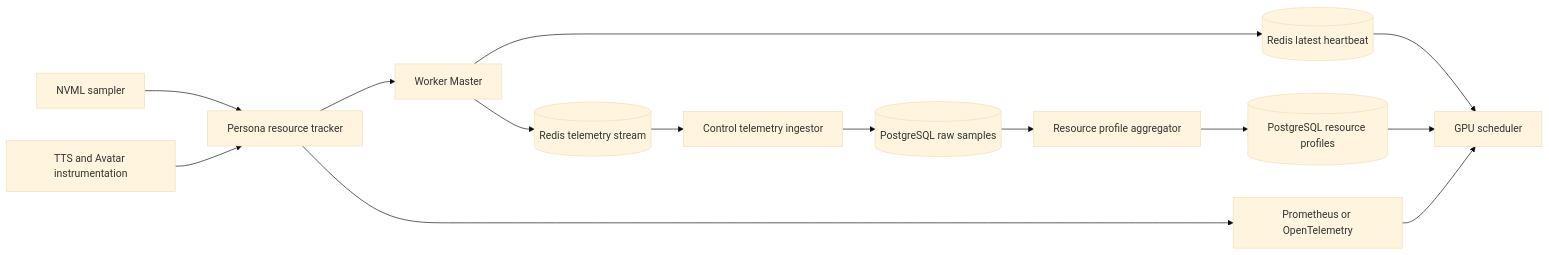
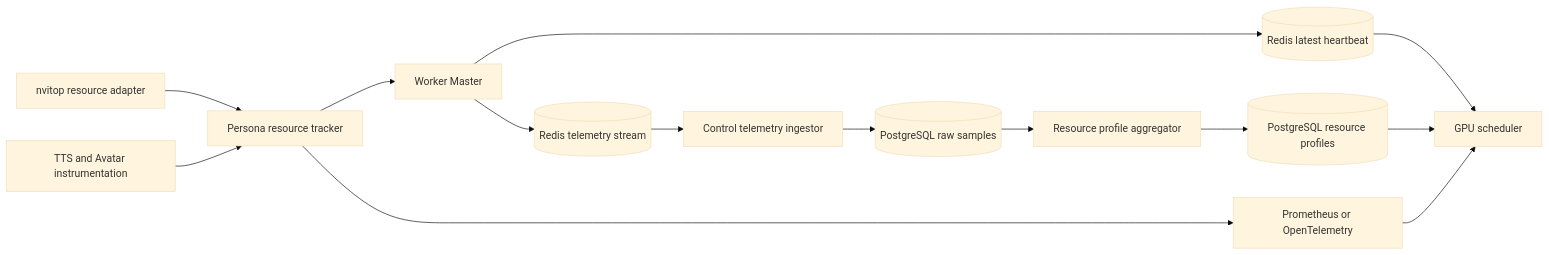
Before and after one commit to thinhphan97/PersonaForge: diagram 13 of 14 in docs/tts-avatar-render-flow.md, drawn with Mermaid (base theme). The commit also changed other lines of this file and 3 other files, not shown here.

Commit message:
docs: adopt nvitop worker resource monitoring

````diff
--- a/docs/tts-avatar-render-flow.md
+++ b/docs/tts-avatar-render-flow.md
@@ -1451,29 +1460,29 @@
 ```mermaid
 flowchart LR
-    NVML[NVML sampler]
+    Nvitop[nvitop resource adapter]
     Runtime[TTS and Avatar instrumentation]
     Tracker[Persona resource tracker]
     Master[Worker Master]
     Ingest[(Redis telemetry stream)]
     Latest[(Redis latest heartbeat)]
     Writer[Control telemetry ingestor]
     Raw[(PostgreSQL raw samples)]
     Aggregator[Resource profile aggregator]
     Metrics[Prometheus or OpenTelemetry]
     Profiles[(PostgreSQL resource profiles)]
     Scheduler[GPU scheduler]
 
-    NVML --> Tracker
+    Nvitop --> Tracker
     Runtime --> Tracker
     Tracker --> Master
     Master --> Ingest
     Master --> Latest
     Ingest --> Writer
     Writer --> Raw
     Raw --> Aggregator
     Aggregator --> Profiles
     Tracker --> Metrics
     Latest --> Scheduler
     Profiles --> Scheduler
     Metrics --> Scheduler
 ```
````
